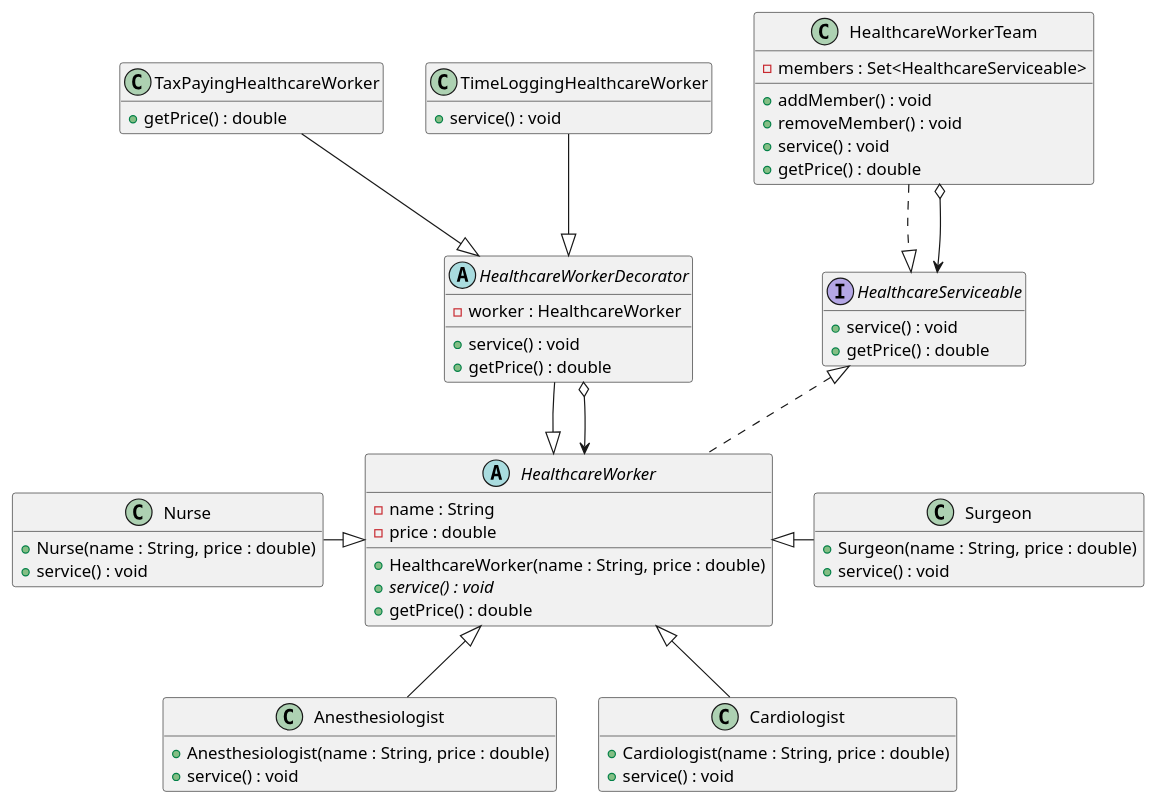
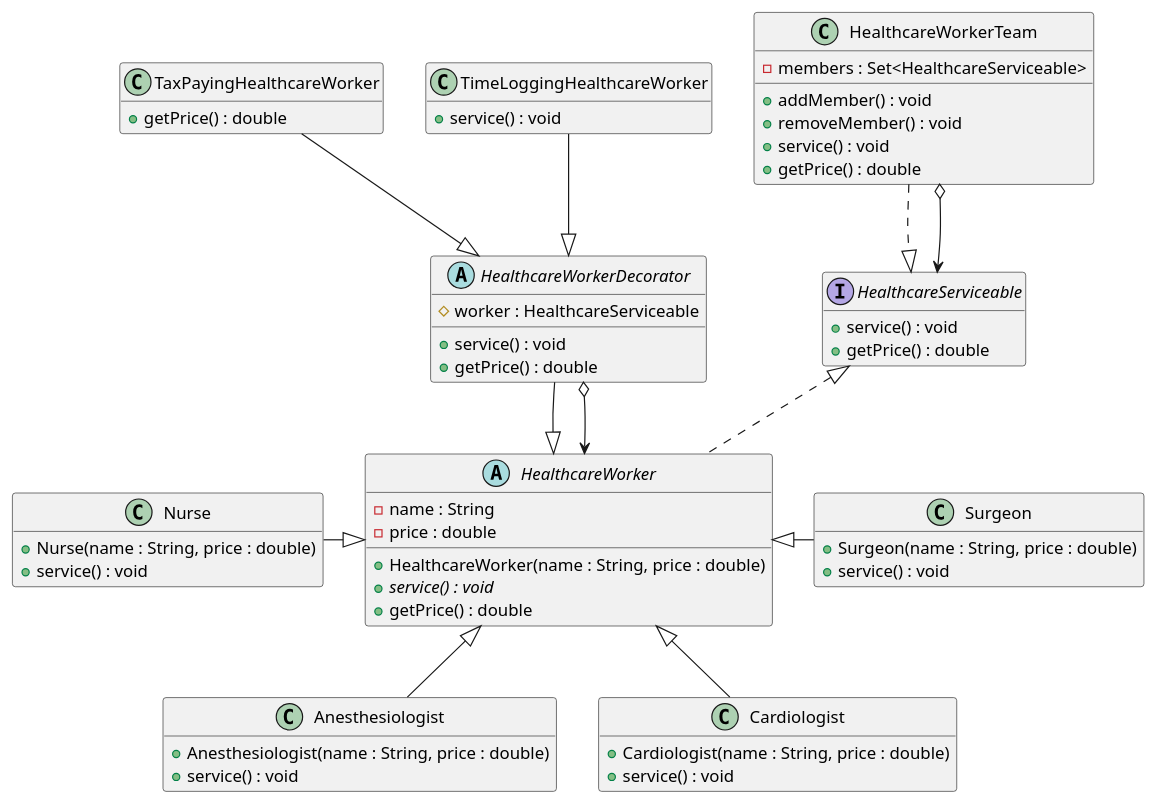
One commit to Naphaporn-Tangai/SoftAsh_62010462 changed the diagram in Lab9/HealthcareWorker.puml. Above: the diagram before and after it, drawn with PlantUML. The commit also changed 7 other files, not shown here.

```diff
--- a/Lab9/HealthcareWorker.puml
+++ b/Lab9/HealthcareWorker.puml
@@ -1,65 +1,65 @@
 @startuml
 'https://plantuml.com/class-diagram
 
 'class Main
 interface HealthcareServiceable {
     + service() : void
     + getPrice() : double
 }
 abstract HealthcareWorker {
     - name : String
     - price : double
     + HealthcareWorker(name : String, price : double)
     + {abstract} service() : void
     + getPrice() : double
 }
 class HealthcareWorkerTeam {
     - members : Set<HealthcareServiceable>
     + addMember() : void
     + removeMember() : void
     + service() : void
     + getPrice() : double
 }
 class Nurse {
     + Nurse(name : String, price : double)
     + service() : void
 }
 class Surgeon {
     + Surgeon(name : String, price : double)
     + service() : void
 }
 class Anesthesiologist {
     + Anesthesiologist(name : String, price : double)
     + service() : void
 }
 class Cardiologist {
     + Cardiologist(name : String, price : double)
     + service() : void
 }
 abstract HealthcareWorkerDecorator {
-    - worker : HealthcareWorker
+    # worker : HealthcareServiceable
     + service() : void
     + getPrice() : double
 }
 class TimeLoggingHealthcareWorker {
     + service() : void
 }
 class TaxPayingHealthcareWorker {
     + getPrice() : double
 }
 
 'Main  -l->    HealthcareServiceable
 HealthcareServiceable   ^.d.    HealthcareWorker
 HealthcareServiceable   ^.u.    HealthcareWorkerTeam
 HealthcareServiceable   <-u-o   HealthcareWorkerTeam
 HealthcareWorker    ^-d-    Anesthesiologist
 HealthcareWorker    ^-d-    Cardiologist
 HealthcareWorker    ^-l-    Nurse
 HealthcareWorker    ^-r-    Surgeon
 HealthcareWorker    ^-u-    HealthcareWorkerDecorator
 HealthcareWorker    <-u-o   HealthcareWorkerDecorator
 HealthcareWorkerDecorator   ^-u-    TimeLoggingHealthcareWorker
 HealthcareWorkerDecorator   ^-u-    TaxPayingHealthcareWorker
 
 hide empty members
 @enduml
```
